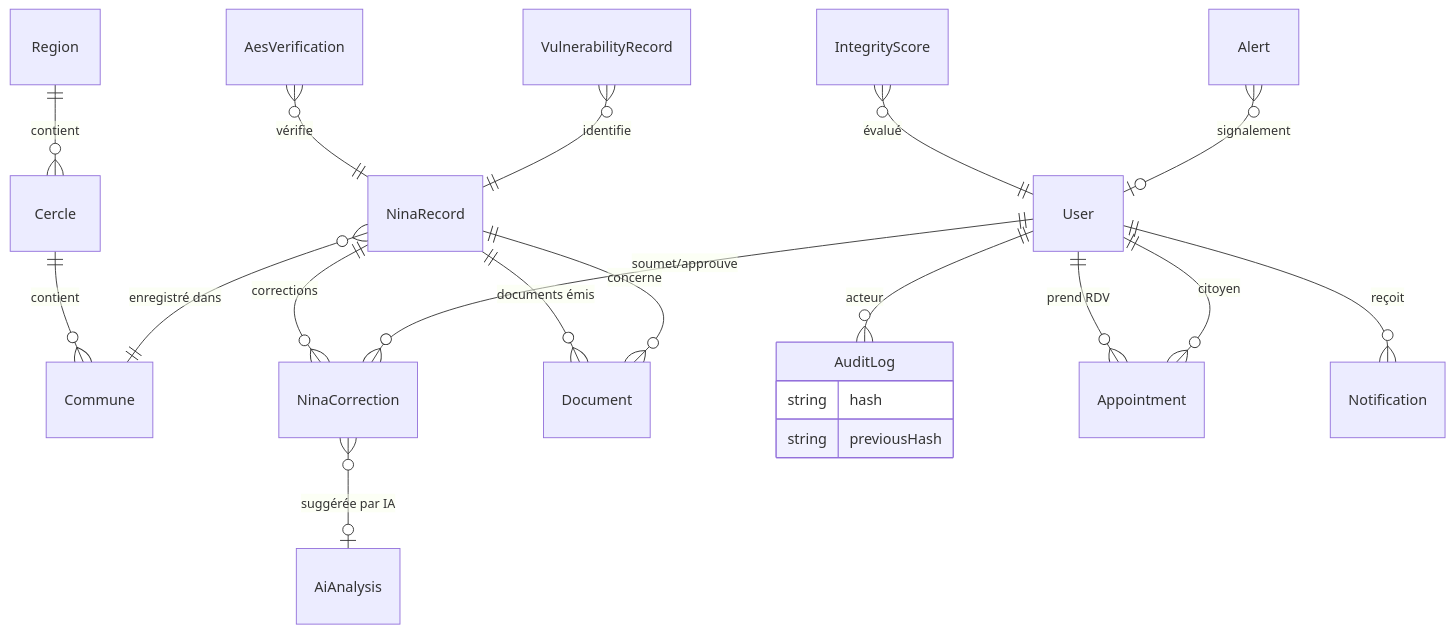
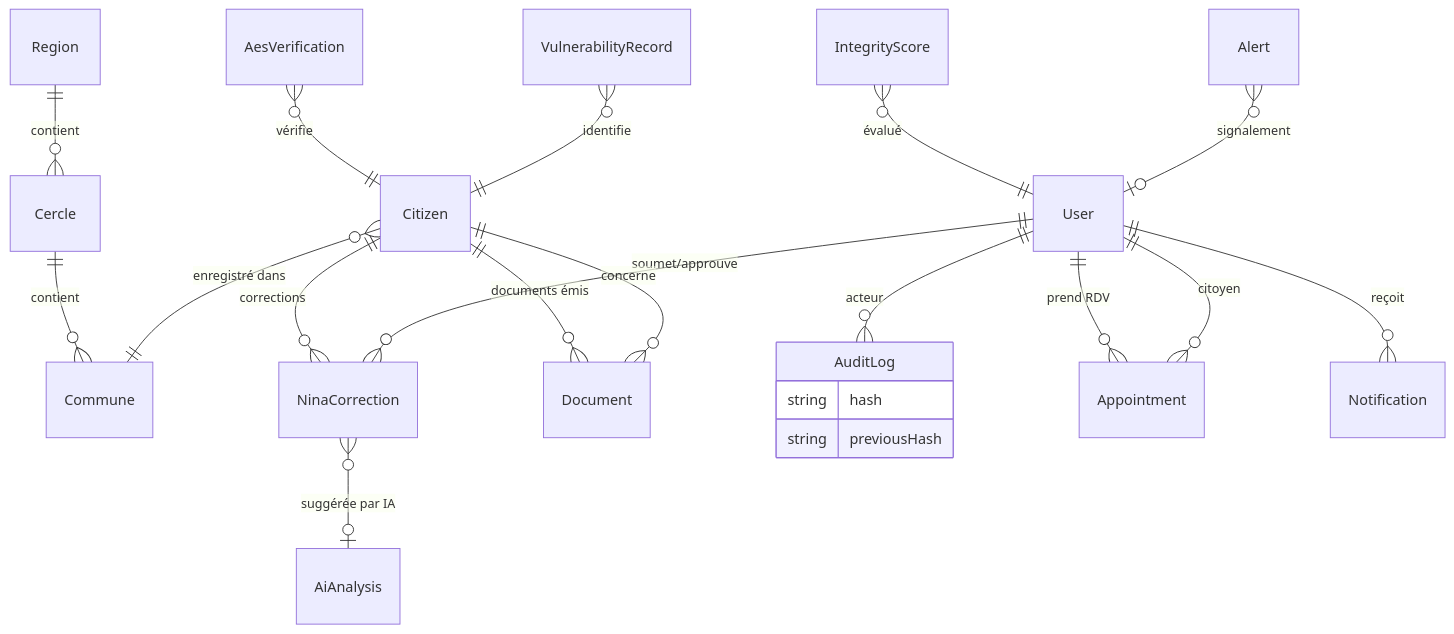
The diagram in docs/06-DATABASE-SCHEMA-PRISMA.md (TheManInPink/Session-Ete-2026), drawn with Mermaid before and after one commit. The commit also changed other lines of this file and 8 other files, not shown here.

````diff
--- a/docs/06-DATABASE-SCHEMA-PRISMA.md
+++ b/docs/06-DATABASE-SCHEMA-PRISMA.md
@@ -97,42 +97,42 @@
 ```mermaid
 erDiagram
     %% ═══ GÉOGRAPHIE RAVEC ═══
     Region ||--o{ Cercle : "contient"
     Cercle ||--o{ Commune : "contient"
 
     %% ═══ IDENTITÉ NINA ═══
-    NinaRecord }o--|| Commune : "enregistré dans"
-    NinaRecord ||--o{ NinaCorrection : "corrections"
-    NinaRecord ||--o{ Document : "documents émis"
+    Citizen }o--|| Commune : "enregistré dans"
+    Citizen ||--o{ NinaCorrection : "corrections"
+    Citizen ||--o{ Document : "documents émis"
 
     %% ═══ UTILISATEURS / AUTH ═══
     User ||--o{ NinaCorrection : "soumet/approuve"
     User ||--o{ AuditLog : "acteur"
     User ||--o{ Appointment : "prend RDV"
     User ||--o{ Notification : "reçoit"
 
     %% ═══ IA ═══
     NinaCorrection }o--o| AiAnalysis : "suggérée par IA"
 
     %% ═══ AUDIT ═══
     AuditLog {
         string hash
         string previousHash
     }
 
     %% ═══ DOCUMENTS ═══
-    Document }o--|| NinaRecord : "concerne"
+    Document }o--|| Citizen : "concerne"
 
     %% ═══ AES INTEROP ═══
-    AesVerification }o--|| NinaRecord : "vérifie"
+    AesVerification }o--|| Citizen : "vérifie"
 
     %% ═══ VULNÉRABILITÉ ═══
-    VulnerabilityRecord }o--|| NinaRecord : "identifie"
+    VulnerabilityRecord }o--|| Citizen : "identifie"
 
     %% ═══ RENDEZ-VOUS ═══
     Appointment }o--|| User : "citoyen"
 
     %% ═══ ANTI-CORRUPTION ═══
     IntegrityScore }o--|| User : "évalué"
     Alert }o--o| User : "signalement"
 ```
````
